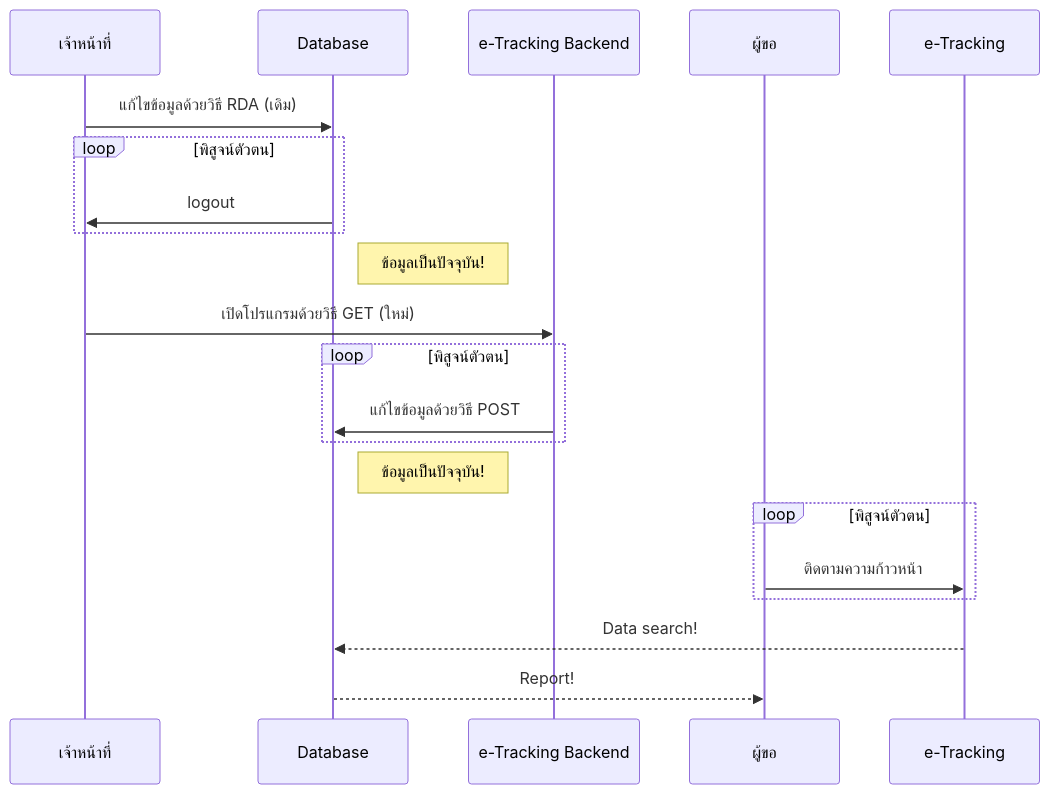
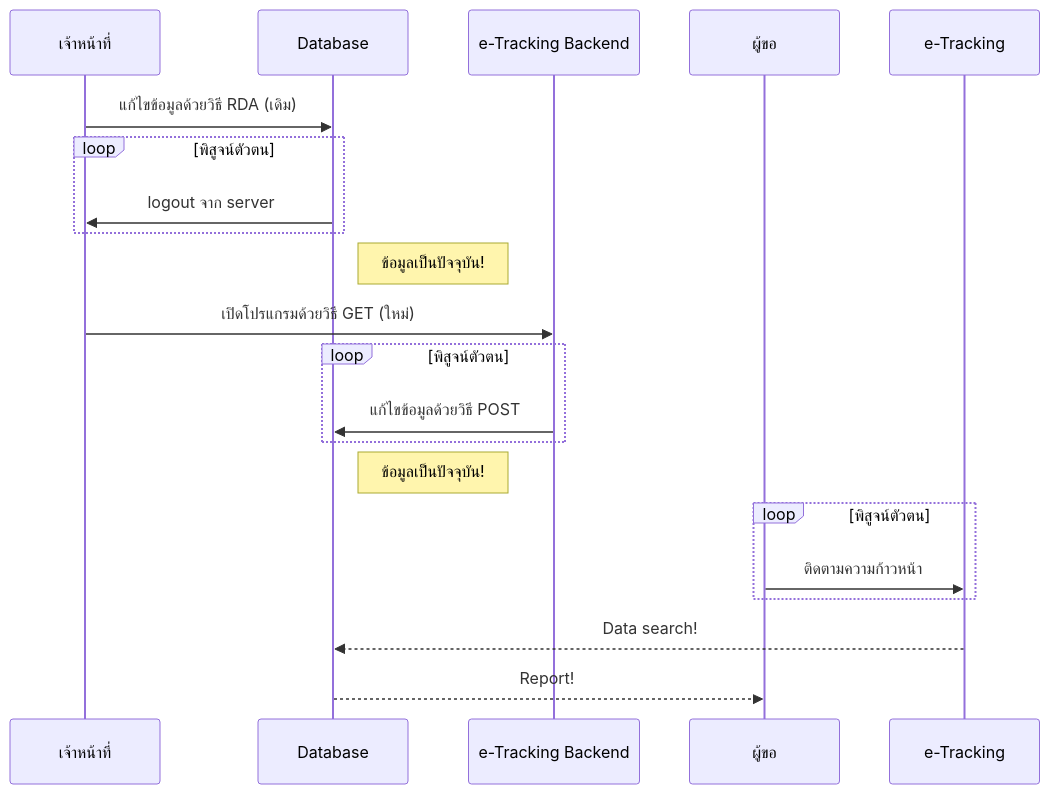
The second of 2 diagrams in README.md (Kietpawpan/e-tracking), drawn with Mermaid before and after one commit.

````diff
--- a/README.md
+++ b/README.md
@@ -28,18 +28,18 @@
 ```mermaid
 sequenceDiagram
 เจ้าหน้าที่->>Database: แก้ไขข้อมูลด้วยวิธี RDA (เดิม)
 loop พิสูจน์ตัวตน
-Database->>เจ้าหน้าที่: logout
+Database->>เจ้าหน้าที่: logout จาก server
 end
 Note right of Database: ข้อมูลเป็นปัจจุบัน!
 เจ้าหน้าที่->>e-Tracking Backend: เปิดโปรแกรมด้วยวิธี GET (ใหม่)
 loop พิสูจน์ตัวตน
     e-Tracking Backend->>Database: แก้ไขข้อมูลด้วยวิธี POST
 end
 Note right of Database: ข้อมูลเป็นปัจจุบัน!
 loop พิสูจน์ตัวตน
 ผู้ขอ->>e-Tracking: ติดตามความก้าวหน้า
 end
 e-Tracking-->>Database: Data search!
 Database-->>ผู้ขอ: Report!
 ```
````
